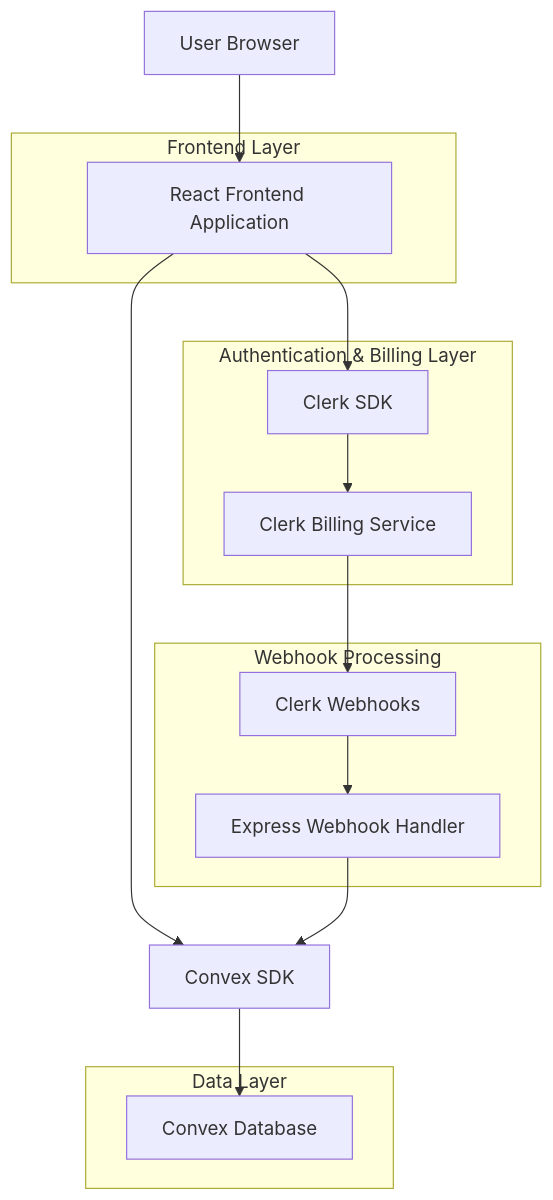
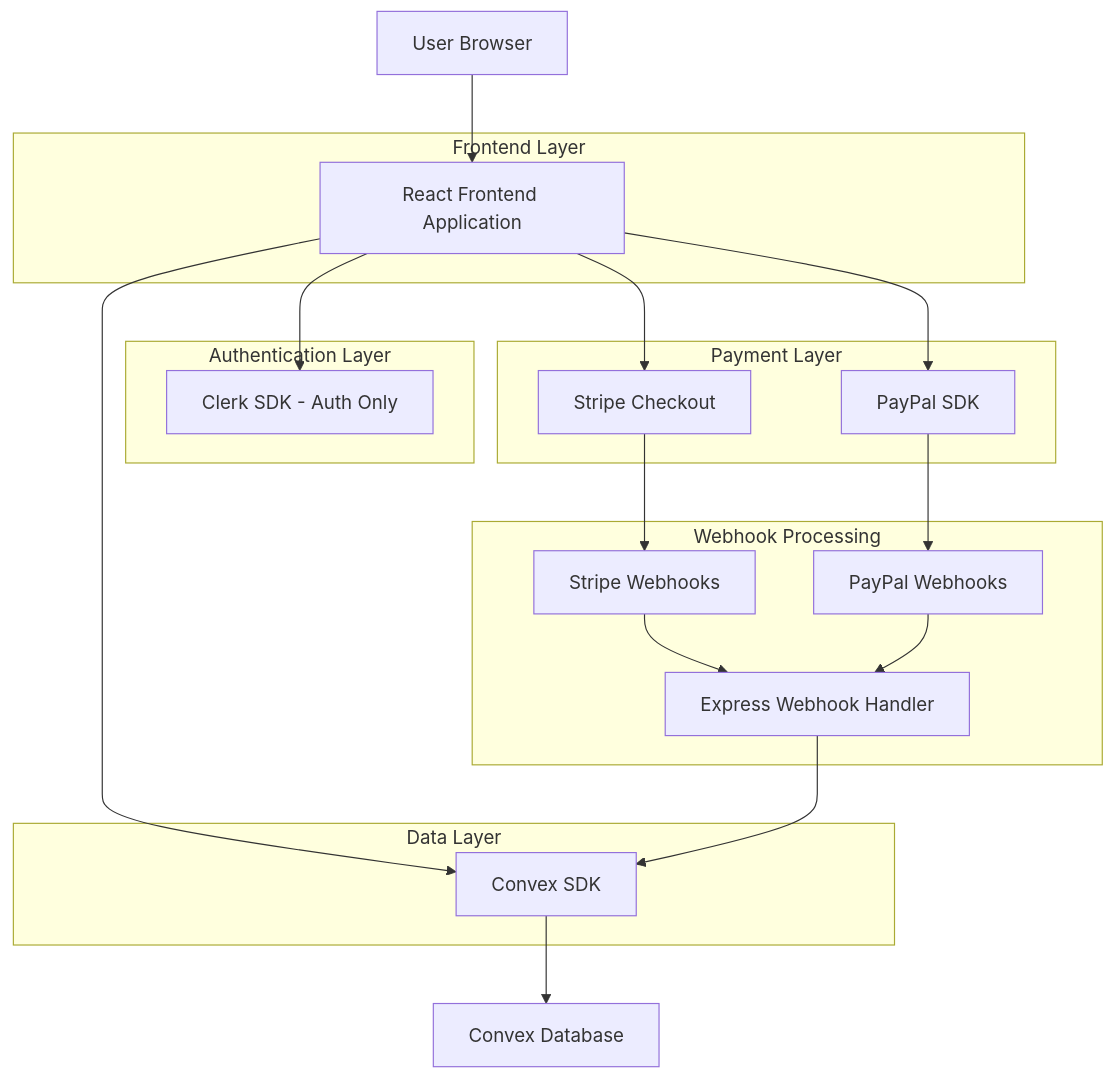
One commit to treimaine/BroLab-Store changed the first of 3 diagrams in .cursor/rules/brolab-rules-5.mdc. Above: the diagram before and after it, drawn with Mermaid. The commit also changed other lines of this file and 11 other files, not shown here.

````diff
--- a/.cursor/rules/brolab-rules-5.mdc
+++ b/.cursor/rules/brolab-rules-5.mdc
@@ -11,29 +13,37 @@
 ```mermaid
 graph TD
     A[User Browser] --> B[React Frontend Application]
-    B --> C[Clerk SDK]
-    C --> D[Clerk Billing Service]
-    B --> E[Convex SDK]
-    E --> F[Convex Database]
-    D --> G[Clerk Webhooks]
-    G --> H[Express Webhook Handler]
-    H --> E
+    B --> C[Clerk SDK - Auth Only]
+    B --> D[Stripe Checkout]
+    B --> E[PayPal SDK]
+    B --> F[Convex SDK]
+    F --> G[Convex Database]
+    D --> H[Stripe Webhooks]
+    E --> I[PayPal Webhooks]
+    H --> J[Express Webhook Handler]
+    I --> J
+    J --> F
 
     subgraph "Frontend Layer"
         B
     end
 
-    subgraph "Authentication & Billing Layer"
+    subgraph "Authentication Layer"
         C
+    end
+
+    subgraph "Payment Layer"
         D
+        E
     end
 
     subgraph "Data Layer"
         F
     end
 
     subgraph "Webhook Processing"
-        G
         H
+        I
+        J
     end
 ```
````
